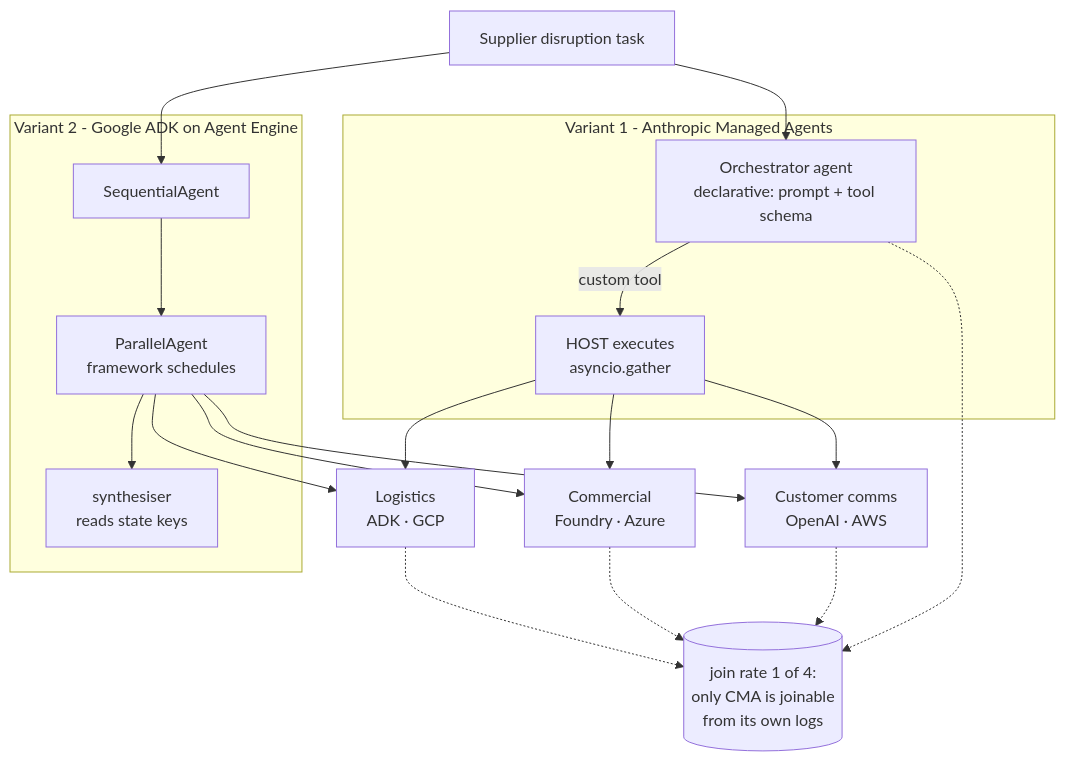
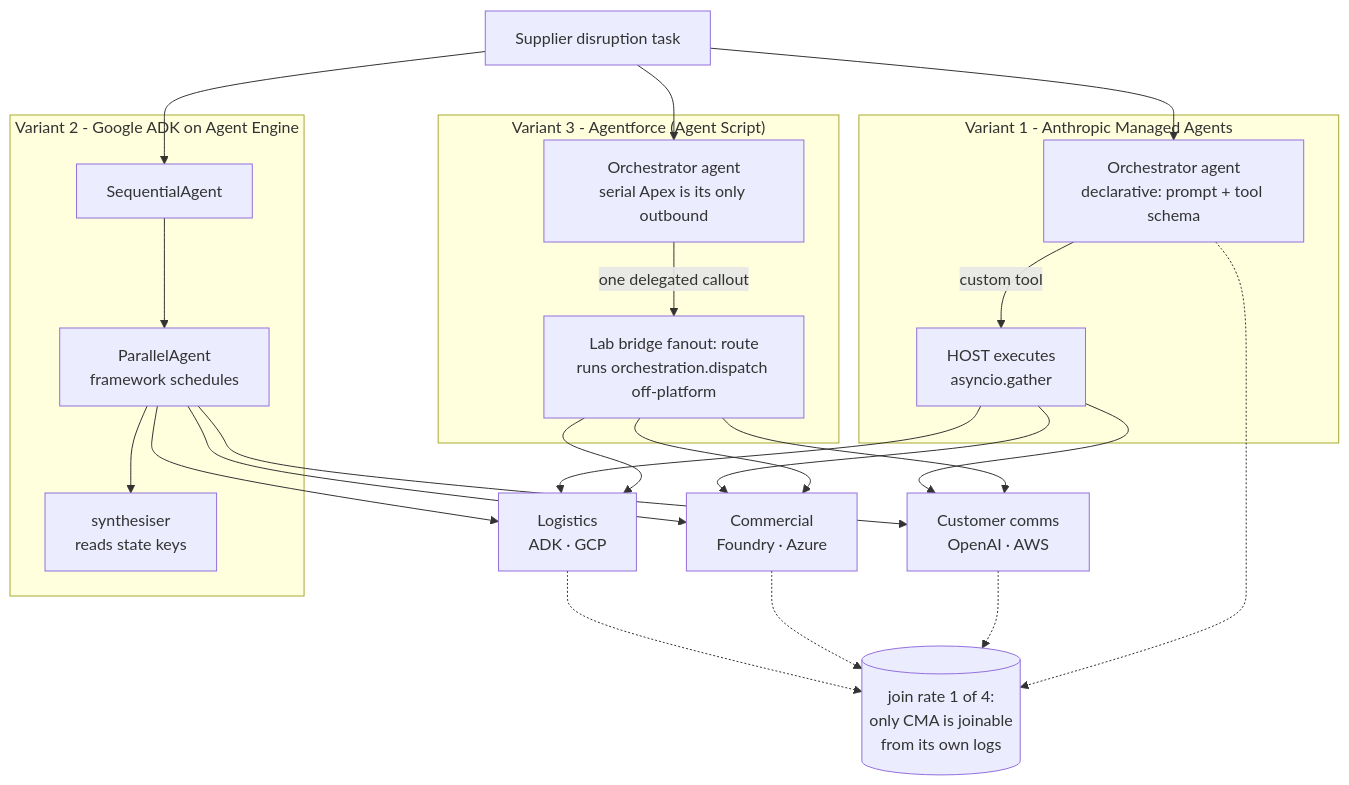
Before and after one commit to congmingwudi/a2a-lab: the first of 4 diagrams in README.md, drawn with Mermaid. The commit also changed other lines of this file and 17 other files, not shown here.

````diff
--- a/README.md
+++ b/README.md
@@ -159,31 +159,40 @@
 ```mermaid
 flowchart TB
     T["Supplier disruption task"] --> C
     T --> A
+    T --> AF
 
     subgraph cma["Variant 1 - Anthropic Managed Agents"]
         C["Orchestrator agent<br/>declarative: prompt + tool schema"]
         C -- "custom tool" --> H["HOST executes<br/>asyncio.gather"]
     end
 
     subgraph adk["Variant 2 - Google ADK on Agent Engine"]
         A["SequentialAgent"] --> P["ParallelAgent<br/>framework schedules"]
         P --> S["synthesiser<br/>reads state keys"]
     end
 
+    subgraph af["Variant 3 - Agentforce (Agent Script)"]
+        AF["Orchestrator agent<br/>serial Apex is its only outbound"]
+        AF -- "one delegated callout" --> BR["Lab bridge fanout: route<br/>runs orchestration.dispatch off-platform"]
+    end
+
     H --> L1
     H --> L2
     H --> L3
     P --> L1
     P --> L2
     P --> L3
+    BR --> L1
+    BR --> L2
+    BR --> L3
 
     L1["Logistics<br/>ADK · GCP"]
     L2["Commercial<br/>Foundry · Azure"]
     L3["Customer comms<br/>OpenAI · AWS"]
 
     L1 -.-> OBS[("join rate 1 of 4:<br/>only CMA is joinable<br/>from its own logs")]
     L2 -.-> OBS
     L3 -.-> OBS
     C -.-> OBS
 ```
````
